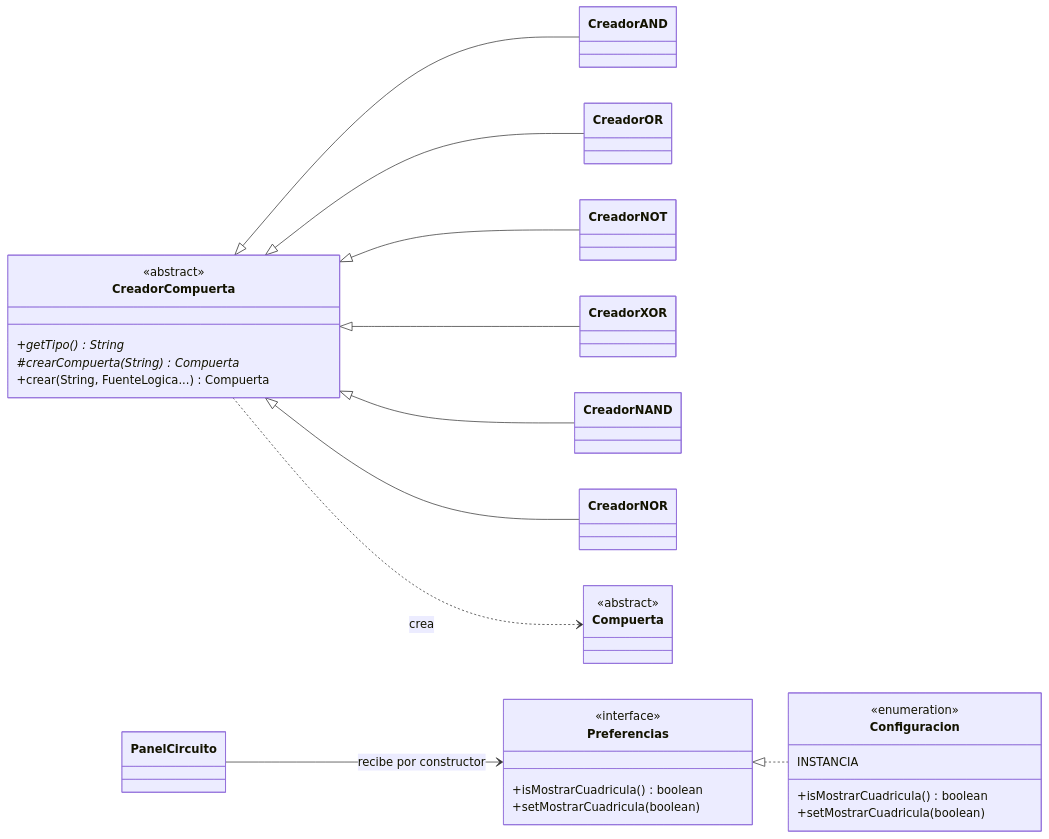
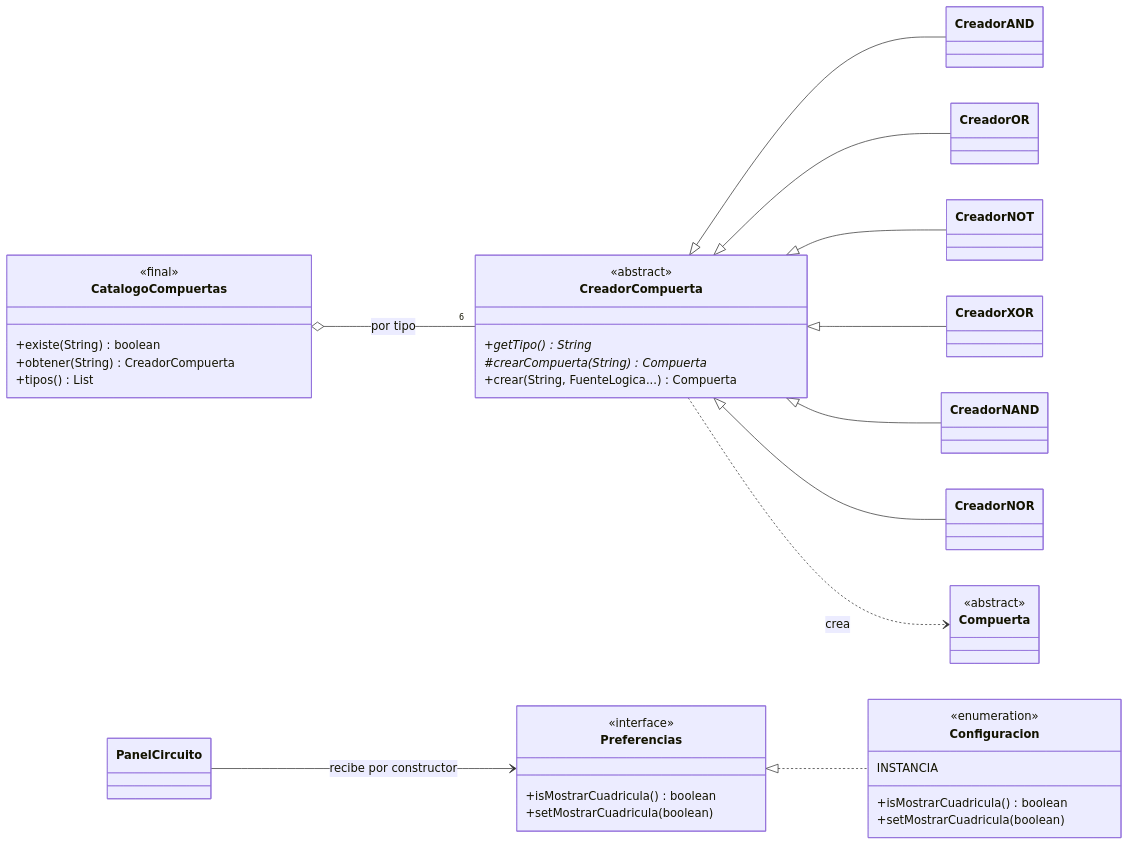
The third of 5 diagrams in SimuladorCompuertasLogicas/docs/DiagramaClases.md (juanpa-prog/SimuladorCompuertasLogicas), drawn with Mermaid before and after one commit. The commit also changed other lines of this file and 7 other files, not shown here.

Commit message:
docs: UML, casos de uso, formato de archivo, decisiones de diseno y pruebas

````diff
--- a/SimuladorCompuertasLogicas/docs/DiagramaClases.md
+++ b/SimuladorCompuertasLogicas/docs/DiagramaClases.md
@@ -113,42 +175,49 @@
 ```mermaid
 classDiagram
     direction LR
     class CreadorCompuerta {
         <<abstract>>
         +getTipo()* String
         #crearCompuerta(String)* Compuerta
         +crear(String, FuenteLogica...) Compuerta
     }
     class CreadorAND
     class CreadorOR
     class CreadorNOT
     class CreadorXOR
     class CreadorNAND
     class CreadorNOR
+    class CatalogoCompuertas {
+        <<final>>
+        +existe(String) boolean
+        +obtener(String) CreadorCompuerta
+        +tipos() List
+    }
     class Compuerta {
         <<abstract>>
     }
 
     CreadorCompuerta <|-- CreadorAND
     CreadorCompuerta <|-- CreadorOR
     CreadorCompuerta <|-- CreadorNOT
     CreadorCompuerta <|-- CreadorXOR
     CreadorCompuerta <|-- CreadorNAND
     CreadorCompuerta <|-- CreadorNOR
     CreadorCompuerta ..> Compuerta : crea
+    CatalogoCompuertas o-- "6" CreadorCompuerta : por tipo
 
     class Preferencias {
         <<interface>>
         +isMostrarCuadricula() boolean
         +setMostrarCuadricula(boolean)
     }
     class Configuracion {
         <<enumeration>>
         INSTANCIA
         +isMostrarCuadricula() boolean
         +setMostrarCuadricula(boolean)
     }
     class PanelCircuito
     Preferencias <|.. Configuracion
     PanelCircuito --> Preferencias : recibe por constructor
 ```
````
